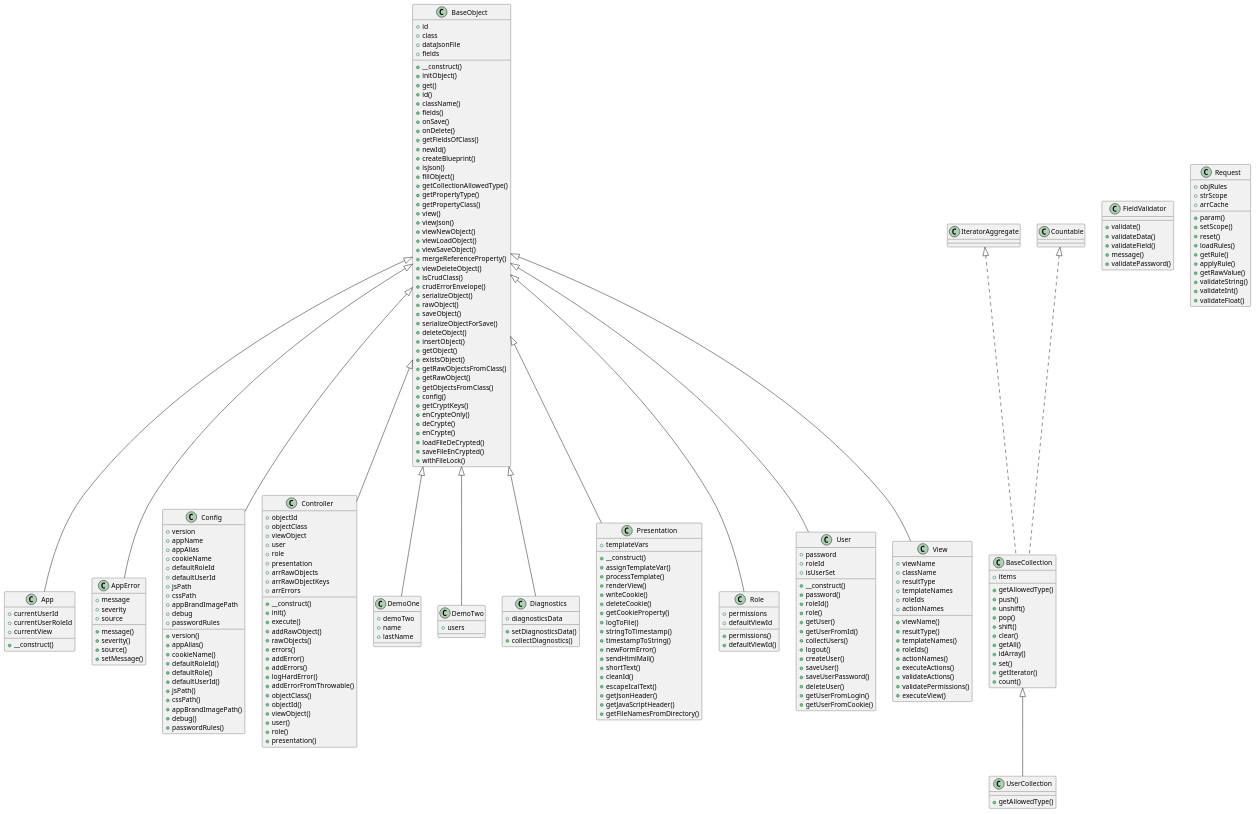
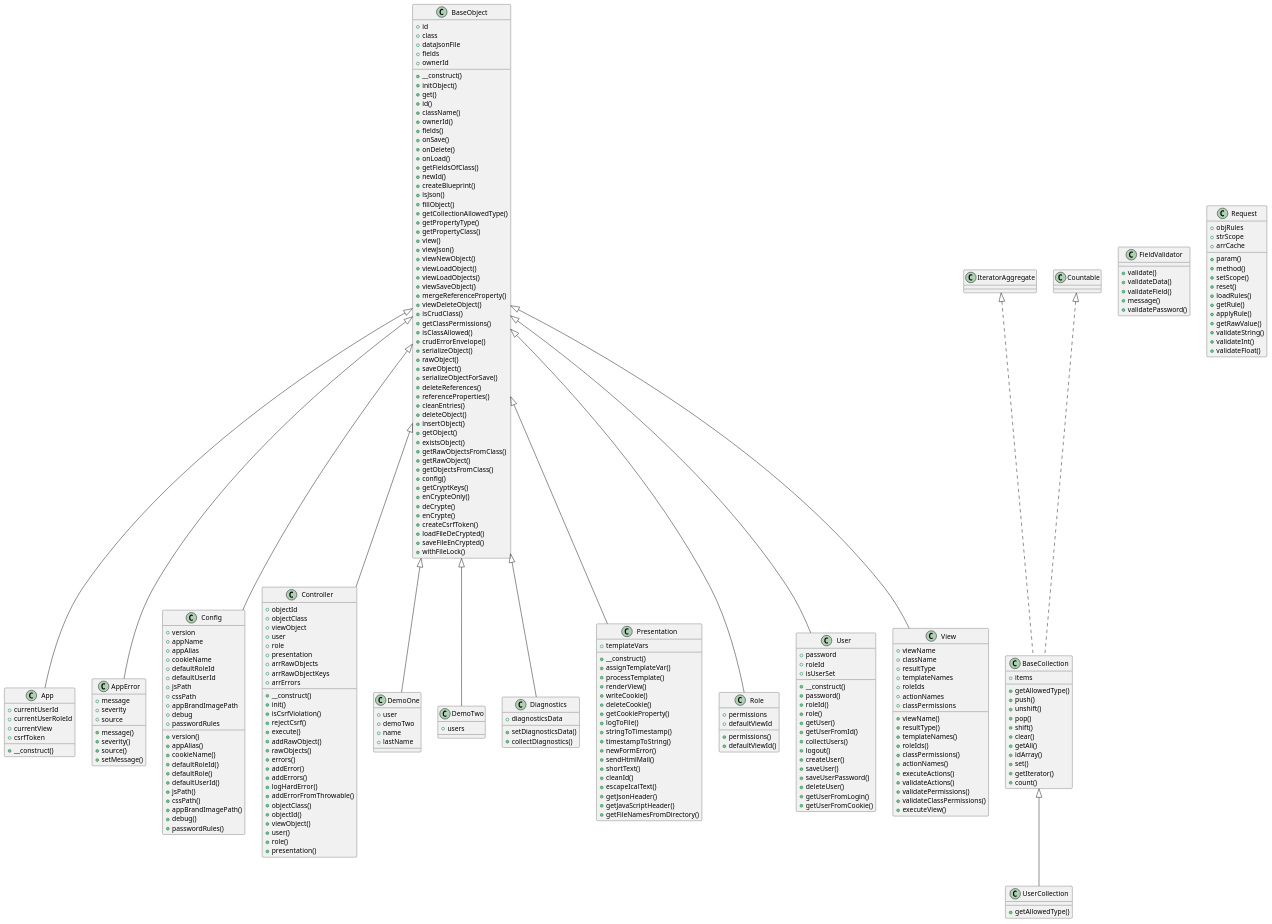
One commit to septem-sensu/jp-envelope changed the diagram in includes/docs/php/graphs/classes.puml. Above: the diagram before and after it, drawn with PlantUML. The commit also changed 57 other files, not shown here.

```diff
--- a/includes/docs/php/graphs/classes.puml
+++ b/includes/docs/php/graphs/classes.puml
@@ -4,6 +4,7 @@
   +currentUserId
   +currentUserRoleId
   +currentView
+  +csrfToken
   +__construct()
 }
 
@@ -37,14 +38,17 @@
   +class
   +dataJsonFile
   +fields
+  +ownerId
   +__construct()
   +initObject()
   +get()
   +id()
   +className()
+  +ownerId()
   +fields()
   +onSave()
   +onDelete()
+  +onLoad()
   +getFieldsOfClass()
   +newId()
   +createBlueprint()
@@ -57,15 +61,21 @@
   +viewJson()
   +viewNewObject()
   +viewLoadObject()
+  +viewLoadObjects()
   +viewSaveObject()
   +mergeReferenceProperty()
   +viewDeleteObject()
   +isCrudClass()
+  +getClassPermissions()
+  +isClassAllowed()
   +crudErrorEnvelope()
   +serializeObject()
   +rawObject()
   +saveObject()
   +serializeObjectForSave()
+  +deleteReferences()
+  +referenceProperties()
+  +cleanEntries()
   +deleteObject()
   +insertObject()
   +getObject()
@@ -78,6 +88,7 @@
   +enCrypteOnly()
   +deCrypte()
   +enCrypte()
+  +createCsrfToken()
   +loadFileDeCrypted()
   +saveFileEnCrypted()
   +withFileLock()
@@ -120,6 +131,8 @@
   +arrErrors
   +__construct()
   +init()
+  +isCsrfViolation()
+  +rejectCsrf()
   +execute()
   +addRawObject()
   +rawObjects()
@@ -137,6 +150,7 @@
 }
 
 class DemoOne {
+  +user
   +demoTwo
   +name
   +lastName
@@ -187,6 +201,7 @@
   +strScope
   +arrCache
   +param()
+  +method()
   +setScope()
   +reset()
   +loadRules()
@@ -236,14 +251,17 @@
   +templateNames
   +roleIds
   +actionNames
+  +classPermissions
   +viewName()
   +resultType()
   +templateNames()
   +roleIds()
+  +classPermissions()
   +actionNames()
   +executeActions()
   +validateActions()
   +validatePermissions()
+  +validateClassPermissions()
   +executeView()
 }
 
```
